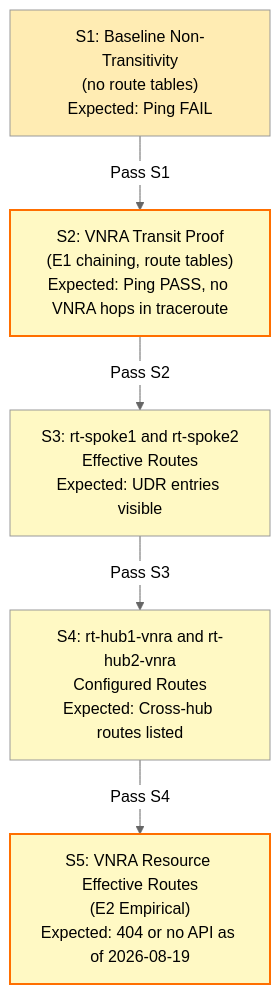
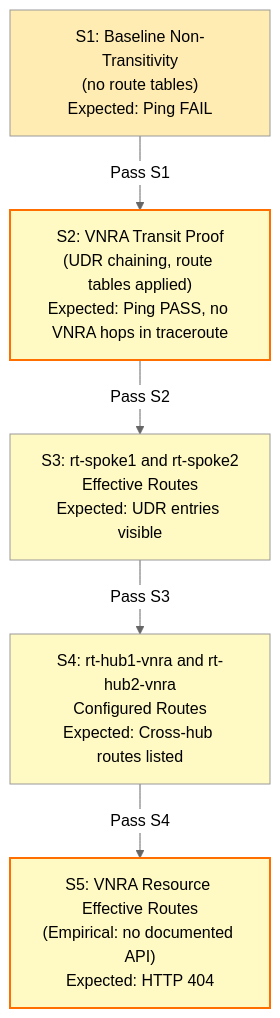
One commit to erjosito/azure-networking-blog changed the fourth of 5 diagrams in dual-hub-vnra-udr-transit/README.md. Above: the diagram before and after it, drawn with Mermaid (neutral theme). The commit also changed other lines of this file and 1 other file, not shown here.

First line of the commit message:
reframe(dual-hub-vnra-udr-transit): practitioner-centered title, structure, and framing (#6)

````diff
--- a/dual-hub-vnra-udr-transit/README.md
+++ b/dual-hub-vnra-udr-transit/README.md
@@ -204,19 +265,19 @@
 ```mermaid
 graph TD
     S1["S1: Baseline Non-Transitivity<br/>(no route tables)<br/>Expected: Ping FAIL"]
-    S2["S2: VNRA Transit Proof<br/>(E1 chaining, route tables)<br/>Expected: Ping PASS, no VNRA hops in traceroute"]
+    S2["S2: VNRA Transit Proof<br/>(UDR chaining, route tables applied)<br/>Expected: Ping PASS, no VNRA hops in traceroute"]
     S3["S3: rt-spoke1 and rt-spoke2<br/>Effective Routes<br/>Expected: UDR entries visible"]
     S4["S4: rt-hub1-vnra and rt-hub2-vnra<br/>Configured Routes<br/>Expected: Cross-hub routes listed"]
-    S5["S5: VNRA Resource Effective Routes<br/>(E2 Empirical)<br/>Expected: 404 or no API as of 2026-08-19"]
+    S5["S5: VNRA Resource Effective Routes<br/>(Empirical: no documented API)<br/>Expected: HTTP 404"]
 
     S1 -->|Pass S1| S2
     S2 -->|Pass S2| S3
     S3 -->|Pass S3| S4
     S4 -->|Pass S4| S5
 
     style S1 fill:#ffecb3
     style S2 fill:#fff9c4,stroke:#ff6f00,stroke-width:2px
     style S3 fill:#fff9c4
     style S4 fill:#fff9c4
     style S5 fill:#fff9c4,stroke:#ff6f00,stroke-width:2px
 ```
````
